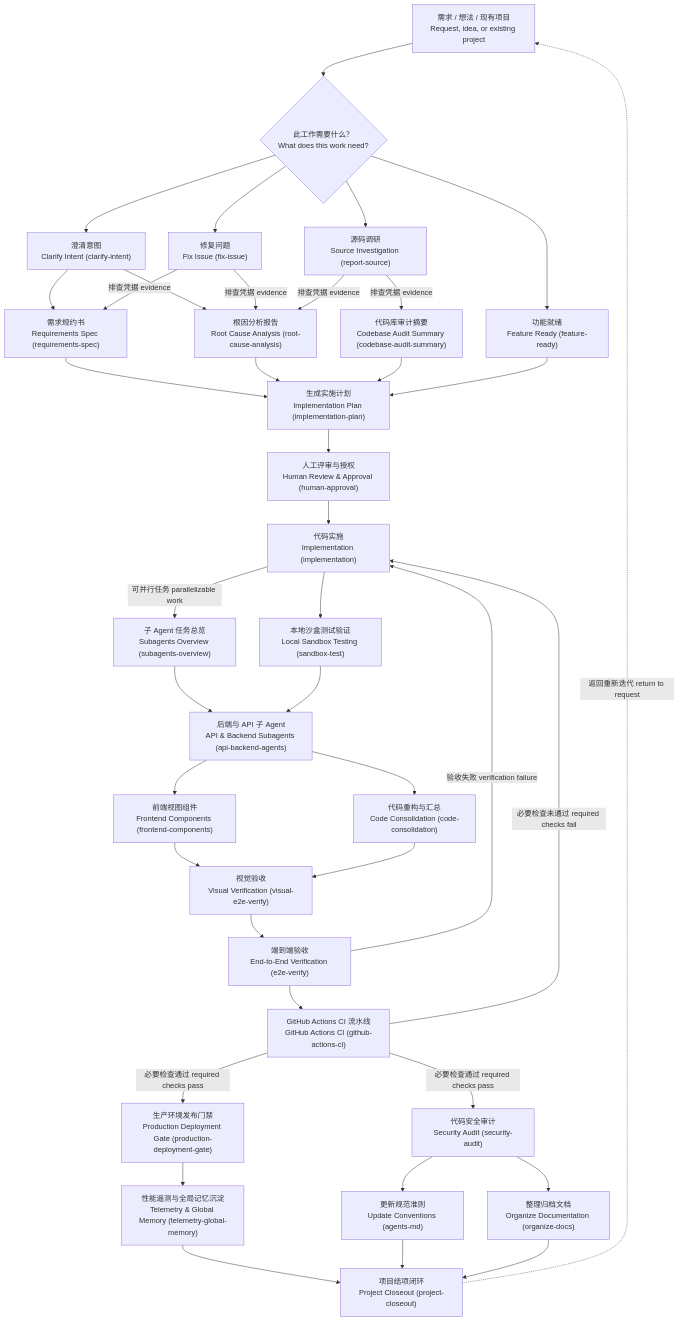
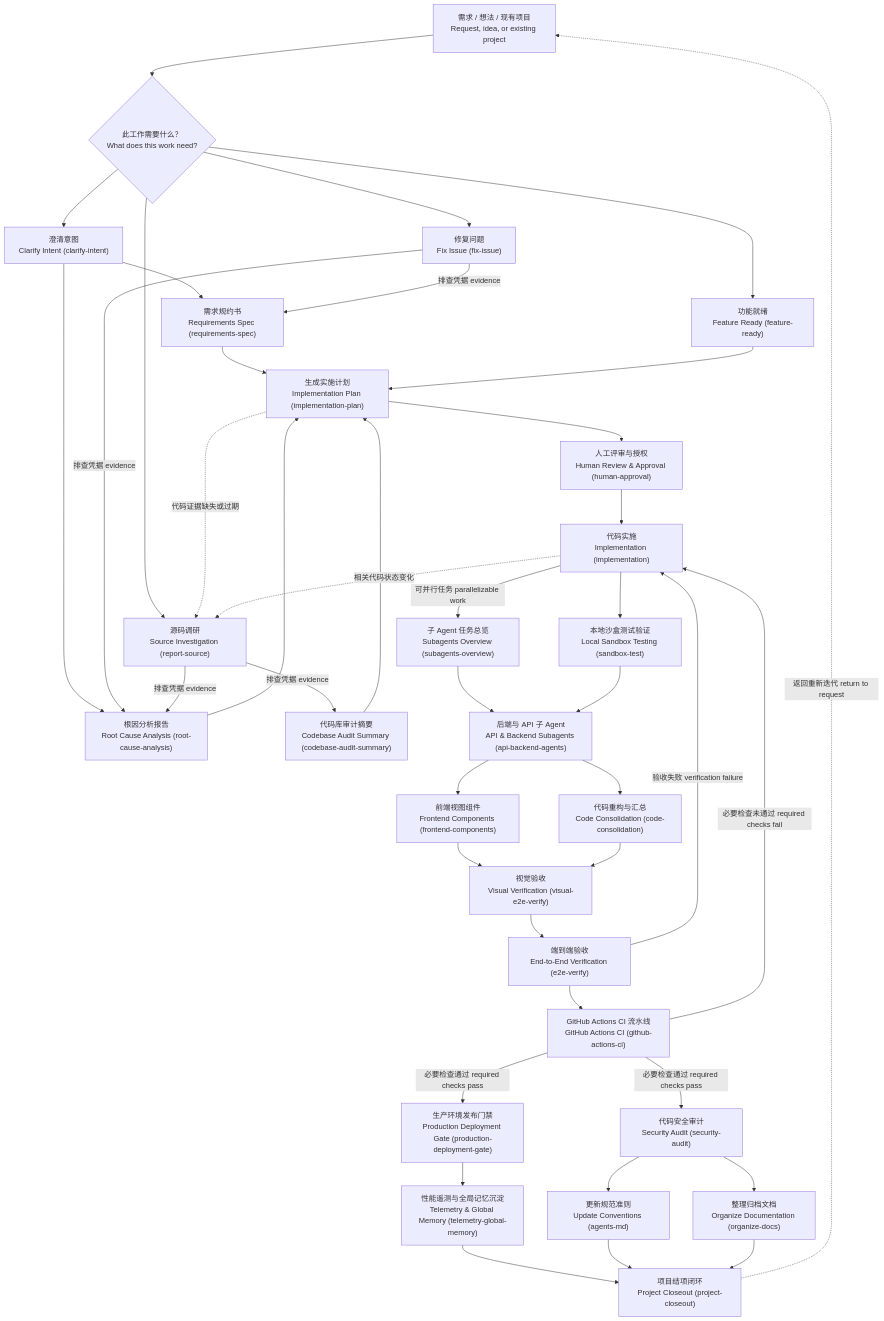
One commit to FY0627/LearningWorkflow changed the diagram in docs/workflow.zh-CN.md. Above: the diagram before and after it, drawn with Mermaid. The commit also changed other lines of this file and 6 other files, not shown here.

````diff
--- a/docs/workflow.zh-CN.md
+++ b/docs/workflow.zh-CN.md
@@ -16,76 +16,78 @@
 ```mermaid
 flowchart TD
     %% ==========================================
     %% 1. 入口与分流层
     %% ==========================================
     START["需求 / 想法 / 现有项目<br/>Request, idea, or existing project"] --> DECISION{"此工作需要什么？<br/>What does this work need?"}
 
     DECISION --> CLARIFY["澄清意图<br/>Clarify Intent (clarify-intent)"]
     DECISION --> FIX["修复问题<br/>Fix Issue (fix-issue)"]
     DECISION --> RESEARCH["源码调研<br/>Source Investigation (report-source)"]
     DECISION --> READY["功能就绪<br/>Feature Ready (feature-ready)"]
 
     %% ==========================================
     %% 2. 证据收集与规划层
     %% ==========================================
     CLARIFY --> SPEC["需求规约书<br/>Requirements Spec (requirements-spec)"]
     CLARIFY --> RCA["根因分析报告<br/>Root Cause Analysis (root-cause-analysis)"]
 
     FIX -->|排查凭据 evidence| SPEC
     FIX -->|排查凭据 evidence| RCA
 
     RESEARCH -->|排查凭据 evidence| RCA
     RESEARCH -->|排查凭据 evidence| AUDIT["代码库审计摘要<br/>Codebase Audit Summary (codebase-audit-summary)"]
 
     SPEC --> PLAN["生成实施计划<br/>Implementation Plan (implementation-plan)"]
     RCA --> PLAN
     AUDIT --> PLAN
     READY --> PLAN
+    PLAN -.->|代码证据缺失或过期| RESEARCH
 
     PLAN --> APPROVAL["人工评审与授权<br/>Human Review & Approval (human-approval)"]
     APPROVAL --> IMPL["代码实施<br/>Implementation (implementation)"]
+    IMPL -.->|相关代码状态变化| RESEARCH
 
     %% ==========================================
     %% 3. 代码实施与并行处理层
     %% 编织结构：散开 → 汇聚 → 再散开 → 再汇聚
     %% ==========================================
     IMPL -->|可并行任务 parallelizable work| SUBAGENTS["子 Agent 任务总览<br/>Subagents Overview (subagents-overview)"]
     IMPL --> SANDBOX["本地沙盒测试验证<br/>Local Sandbox Testing (sandbox-test)"]
 
     %% 第一个汇聚点：两条轨道共同依赖的后端/API 地基
     SUBAGENTS --> API["后端与 API 子 Agent<br/>API & Backend Subagents (api-backend-agents)"]
     SANDBOX --> API
 
     %% 第二次散开：前端组件与代码整合并行推进
     API --> FRONTEND["前端视图组件<br/>Frontend Components (frontend-components)"]
     API --> CONSOLIDATION["代码重构与汇总<br/>Code Consolidation (code-consolidation)"]
 
     %% 第二个汇聚点：先视觉验收，再端到端验收
     FRONTEND --> VISUAL["视觉验收<br/>Visual Verification (visual-e2e-verify)"]
     CONSOLIDATION --> VISUAL
     VISUAL --> E2E["端到端验收<br/>End-to-End Verification (e2e-verify)"]
 
     E2E --> CI["GitHub Actions CI 流水线<br/>GitHub Actions CI (github-actions-ci)"]
 
     %% 两类失败，两条独立回退边
     E2E -->|验收失败 verification failure| IMPL
     CI -->|必要检查未通过 required checks fail| IMPL
 
     %% ==========================================
     %% 4. CI 门禁与结项归档层
     %% CI 通过后分叉为两条独立轨道：发布轨 与 治理轨
     %% ==========================================
     CI -->|必要检查通过 required checks pass| DEPLOY["生产环境发布门禁<br/>Production Deployment Gate (production-deployment-gate)"]
     CI -->|必要检查通过 required checks pass| SEC["代码安全审计<br/>Security Audit (security-audit)"]
 
     DEPLOY --> TELEMETRY["性能遥测与全局记忆沉淀<br/>Telemetry & Global Memory (telemetry-global-memory)"]
 
     SEC --> AGENTS_MD["更新规范准则<br/>Update Conventions (agents-md)"]
     SEC --> ORG_DOCS["整理归档文档<br/>Organize Documentation (organize-docs)"]
 
     TELEMETRY --> CLOSEOUT["项目结项闭环<br/>Project Closeout (project-closeout)"]
     AGENTS_MD --> CLOSEOUT
     ORG_DOCS --> CLOSEOUT
 
     CLOSEOUT -.->|返回重新迭代 return to request| START
 ```
````
